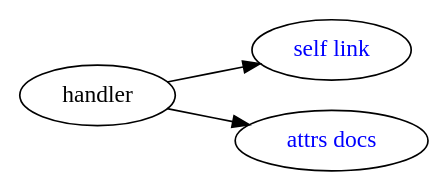
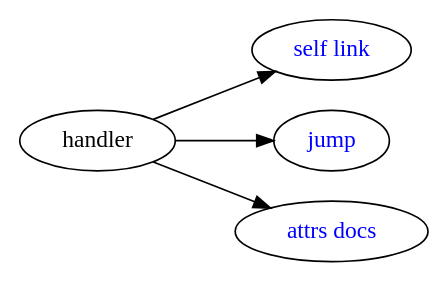
The second of 3 diagrams in examples/docusaurus/docs/links.md (matf/docusaurus-plantuml-plugin), drawn with Graphviz before and after one commit. The commit also changed other lines of this file and 13 other files, not shown here.

First line of the commit message:
Let diagram nodes deep-link to other diagrams, across pages

````diff
--- a/examples/docusaurus/docs/links.md
+++ b/examples/docusaurus/docs/links.md
@@ -32,10 +34,12 @@
 ```dot title="Graphviz ids and links"
 digraph G {
   rankdir=LR;
   handler [id="GRAPH-HANDLER-9", label="handler"];
   self    [URL="#graph?highlight-node=SELF-NODE-3", label="self link", fontcolor=blue];
+  jump    [URL="/docs/links-target#graph?highlight-node=TARGET_NODE_7", label="jump", fontcolor=blue];
   docs    [URL="https://graphviz.org/doc/info/attrs.html", label="attrs docs", fontcolor=blue];
   handler -> self;
+  handler -> jump;
   handler -> docs;
 }
 ```
````
